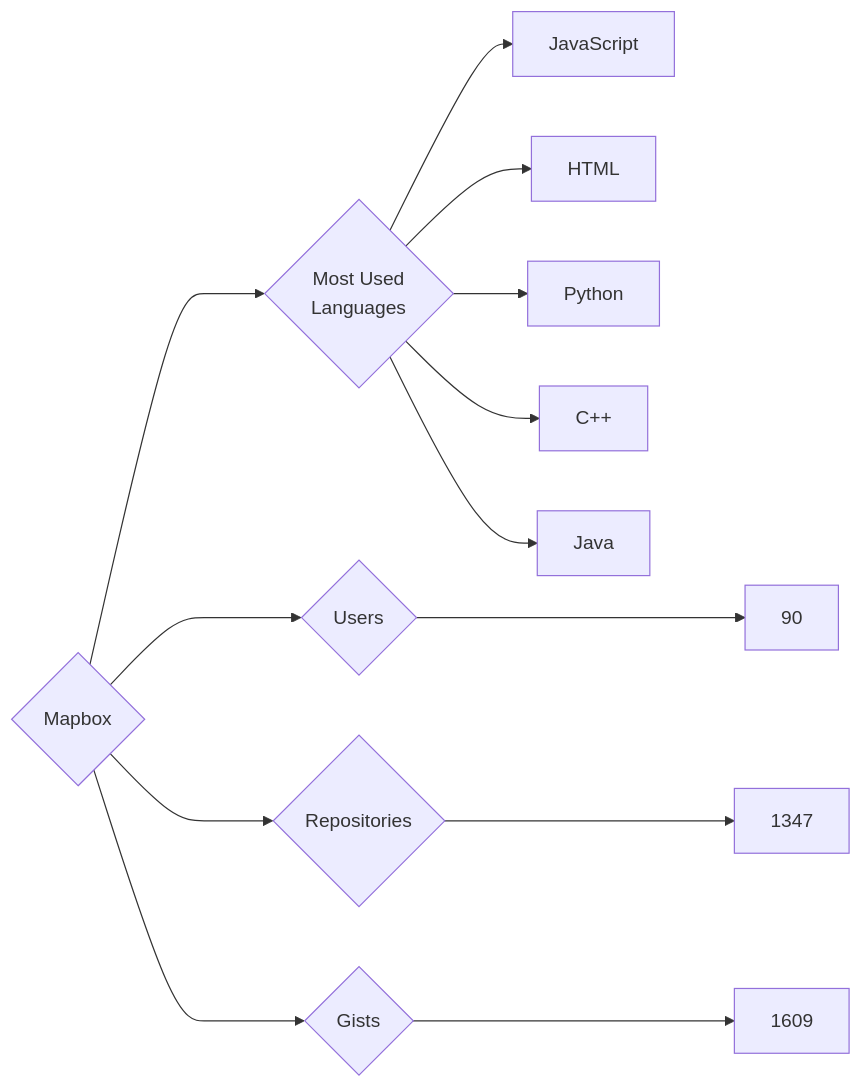
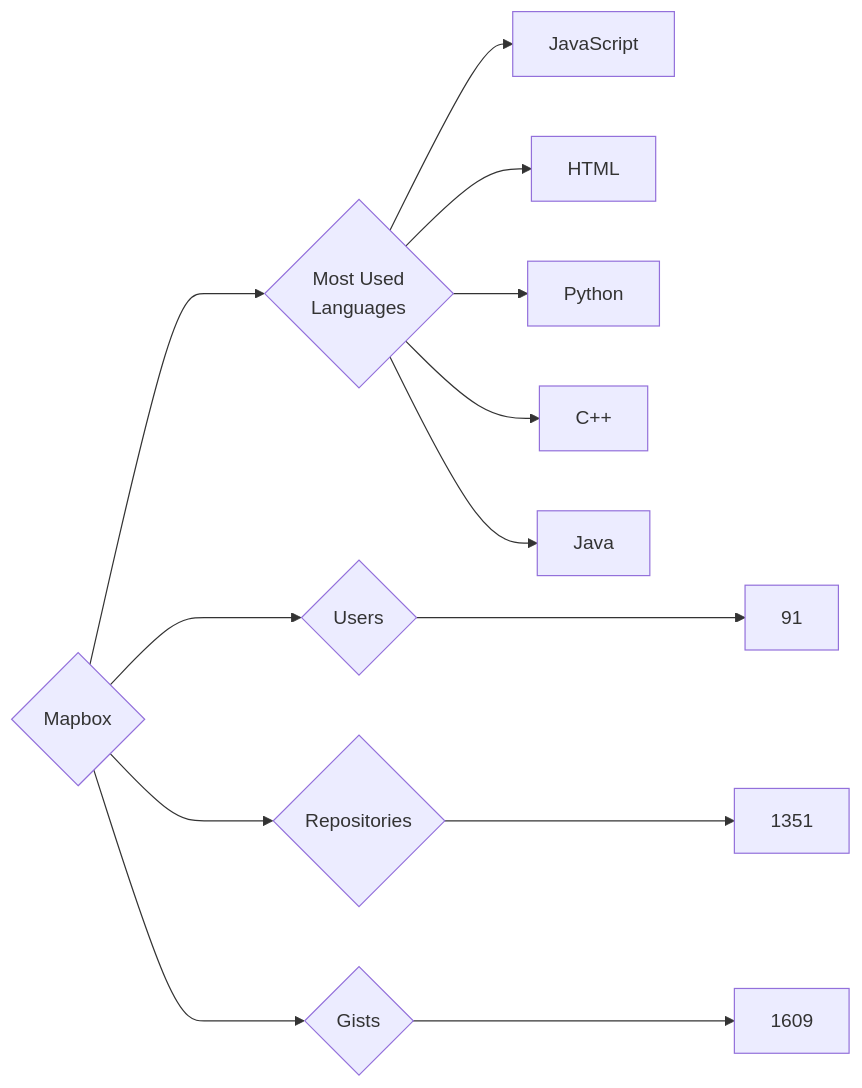
The diagram in targets/Mapbox/README.md (trickest/insiders), drawn with Mermaid before and after one commit. The commit also changed 953 other files, not shown here.

````diff
--- a/targets/Mapbox/README.md
+++ b/targets/Mapbox/README.md
@@ -3,13 +3,13 @@
 ```mermaid
 graph LR
 COMPANY_NAME{Mapbox}
-COMPANY_NAME ---> U{Users} ---> UN[90]
-COMPANY_NAME ---> R{Repositories} ---> RN[1347]
+COMPANY_NAME ---> U{Users} ---> UN[91]
+COMPANY_NAME ---> R{Repositories} ---> RN[1351]
 COMPANY_NAME ---> G{Gists} ---> GN[1609]
 COMPANY_NAME ---> ML{Most Used<br>Languages}
 ML --> JavaScript[JavaScript]
 ML --> HTML[HTML]
 ML --> Python[Python]
 ML --> C++[C++]
 ML --> Java[Java]
 ```
````
